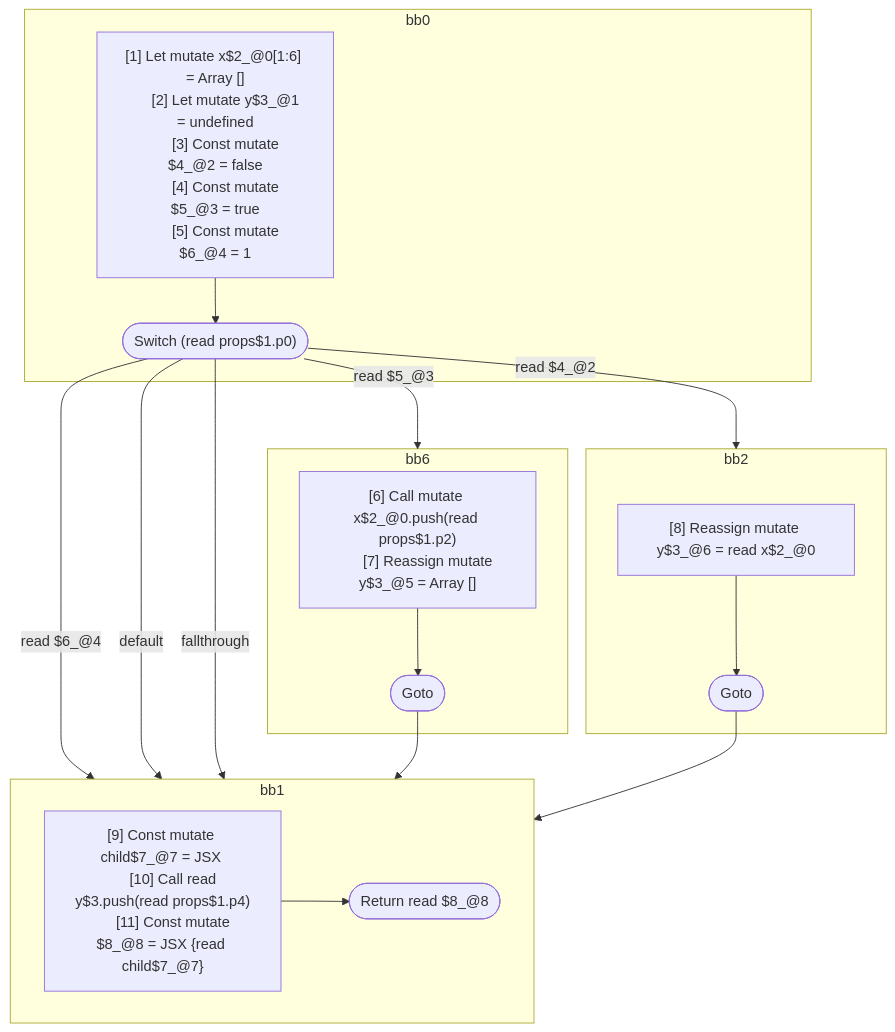
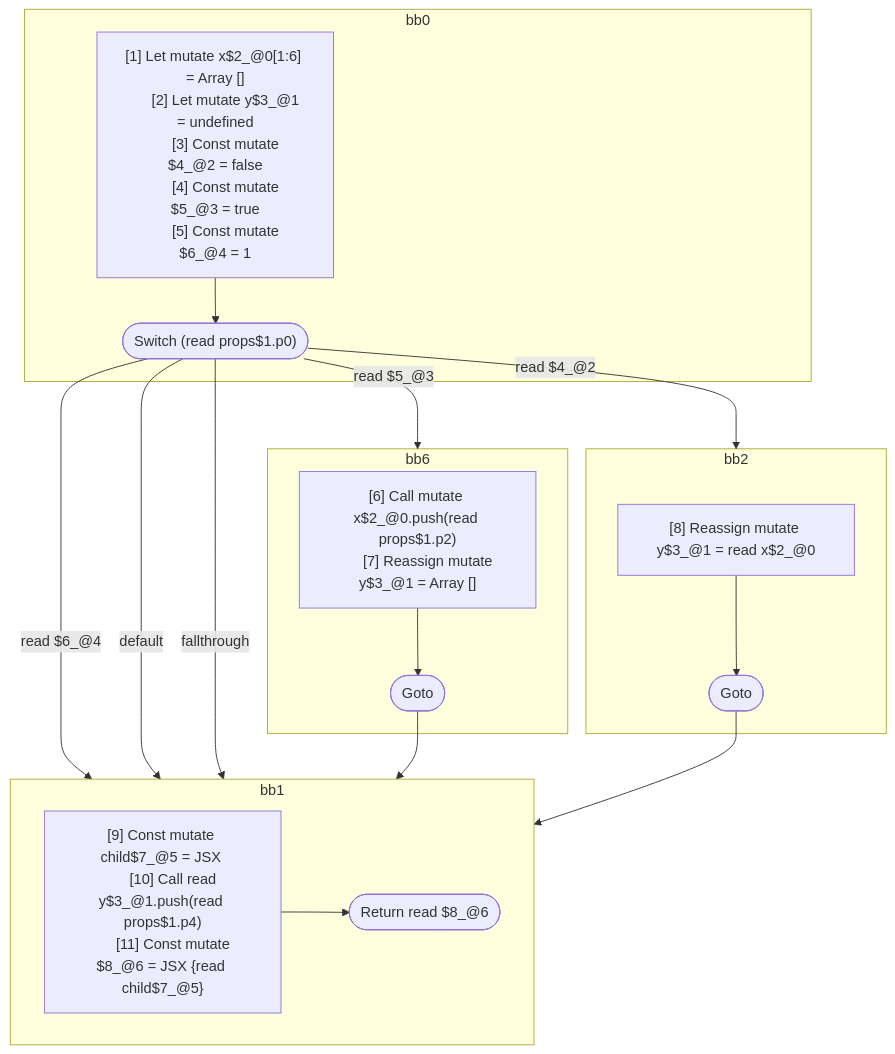
The diagram in compiler/forget/src/__tests__/fixtures/hir/switch-non-final-default.expect.md (wutsmog/private), drawn with Mermaid before and after one commit. The commit also changed other lines of this file and 18 other files, not shown here.

````diff
--- a/compiler/forget/src/__tests__/fixtures/hir/switch-non-final-default.expect.md
+++ b/compiler/forget/src/__tests__/fixtures/hir/switch-non-final-default.expect.md
@@ -64,45 +64,45 @@
 ```mermaid
 flowchart TB
   %% Basic Blocks
   subgraph bb0
     bb0_instrs["
       [1] Let mutate x$2_@0[1:6] = Array []
       [2] Let mutate y$3_@1 = undefined
       [3] Const mutate $4_@2 = false
       [4] Const mutate $5_@3 = true
       [5] Const mutate $6_@4 = 1
     "]
     bb0_instrs --> bb0_terminal(["Switch (read props$1.p0)"])
   end
   subgraph bb6
     bb6_instrs["
       [6] Call mutate x$2_@0.push(read props$1.p2)
-      [7] Reassign mutate y$3_@5 = Array []
+      [7] Reassign mutate y$3_@1 = Array []
     "]
     bb6_instrs --> bb6_terminal(["Goto"])
   end
   subgraph bb2
     bb2_instrs["
-      [8] Reassign mutate y$3_@6 = read x$2_@0
+      [8] Reassign mutate y$3_@1 = read x$2_@0
     "]
     bb2_instrs --> bb2_terminal(["Goto"])
   end
   subgraph bb1
     bb1_instrs["
-      [9] Const mutate child$7_@7 = JSX <read Component$0 data={freeze x$2_@0} ></read Component$0>
-      [10] Call read y$3.push(read props$1.p4)
-      [11] Const mutate $8_@8 = JSX <read Component$0 data={freeze y$3} >{read child$7_@7}</read Component$0>
+      [9] Const mutate child$7_@5 = JSX <read Component$0 data={freeze x$2_@0} ></read Component$0>
+      [10] Call read y$3_@1.push(read props$1.p4)
+      [11] Const mutate $8_@6 = JSX <read Component$0 data={freeze y$3_@1} >{read child$7_@5}</read Component$0>
     "]
-    bb1_instrs --> bb1_terminal(["Return read $8_@8"])
+    bb1_instrs --> bb1_terminal(["Return read $8_@6"])
   end
 
   %% Jumps
   bb0_terminal -- read $6_@4 --> bb1
   bb0_terminal -- read $5_@3 --> bb6
   bb0_terminal -- default --> bb1
   bb0_terminal -- read $4_@2 --> bb2
   bb0_terminal -- fallthrough --> bb1
   bb6_terminal --> bb1
   bb2_terminal --> bb1
 
 ```
````
